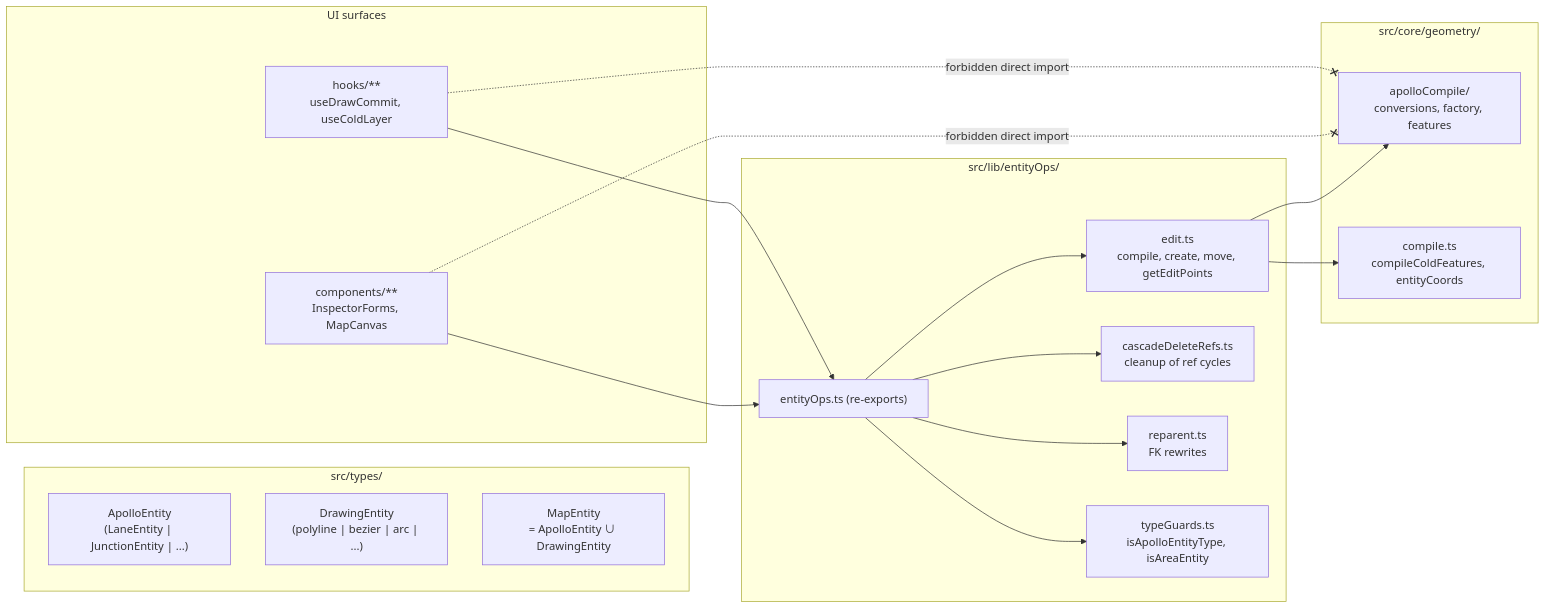
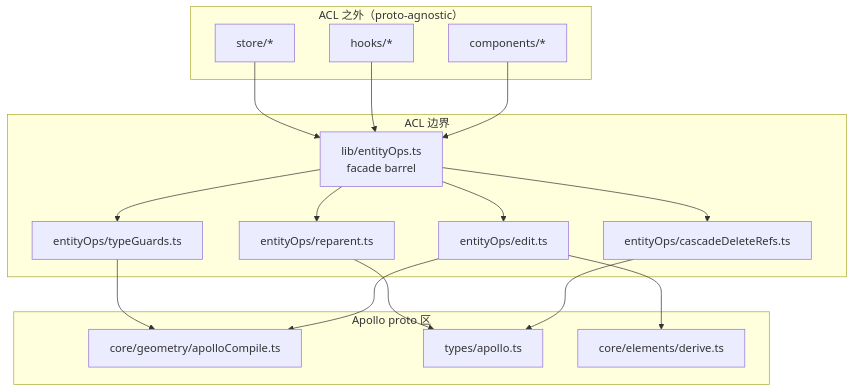
The second of 3 diagrams in docs/architecture/anti-corruption-layer.md (SakuraPuare/apollo-map-studio), drawn with Mermaid before and after one commit. The commit also changed other lines of this file and 414 other files, not shown here.

````diff
--- a/docs/architecture/anti-corruption-layer.md
+++ b/docs/architecture/anti-corruption-layer.md
@@ -14,35 +59,32 @@
 ```mermaid
-flowchart LR
-  subgraph types["src/types/"]
-    Apollo["ApolloEntity<br/>(LaneEntity | JunctionEntity | ...)"]
-    Drawing["DrawingEntity<br/>(polyline | bezier | arc | ...)"]
-    Map["MapEntity<br/>= ApolloEntity ∪ DrawingEntity"]
+graph TB
+  subgraph Out[ACL 之外（proto-agnostic）]
+    UI[components/*]
+    H[hooks/*]
+    S[store/*]
   end
-
-  subgraph lib["src/lib/entityOps/"]
-    Facade["entityOps.ts (re-exports)"]
-    Edit["edit.ts<br/>compile, create, move, getEditPoints"]
-    Cascade["cascadeDeleteRefs.ts<br/>cleanup of ref cycles"]
-    Reparent["reparent.ts<br/>FK rewrites"]
-    Guards["typeGuards.ts<br/>isApolloEntityType, isAreaEntity"]
+  subgraph Inner[ACL 边界]
+    Facade[lib/entityOps.ts<br/>facade barrel]
+    Edit[entityOps/edit.ts]
+    Cascade[entityOps/cascadeDeleteRefs.ts]
+    Reparent[entityOps/reparent.ts]
+    Guards[entityOps/typeGuards.ts]
   end
-
-  subgraph core["src/core/geometry/"]
-    Compile["apolloCompile/<br/>conversions, factory, features"]
-    Geom["compile.ts<br/>compileColdFeatures, entityCoords"]
+  subgraph Core[Apollo proto 区]
+    AC[core/geometry/apolloCompile.ts]
+    Types[types/apollo.ts]
+    Derive[core/elements/derive.ts]
   end
-
-  subgraph ui["UI surfaces"]
-    Components["components/**<br/>InspectorForms, MapCanvas"]
-    Hooks["hooks/**<br/>useDrawCommit, useColdLayer"]
-  end
-
-  Components --> Facade
-  Hooks --> Facade
-  Facade --> Edit & Cascade & Reparent & Guards
-  Edit --> Compile
-  Edit --> Geom
-
-  Components -. forbidden direct import .-x Compile
-  Hooks -. forbidden direct import .-x Compile
+  UI --> Facade
+  H --> Facade
+  S --> Facade
+  Facade --> Edit
+  Facade --> Cascade
+  Facade --> Reparent
+  Facade --> Guards
+  Edit --> AC
+  Edit --> Derive
+  Cascade --> Types
+  Reparent --> Types
+  Guards --> AC
 ```
````
